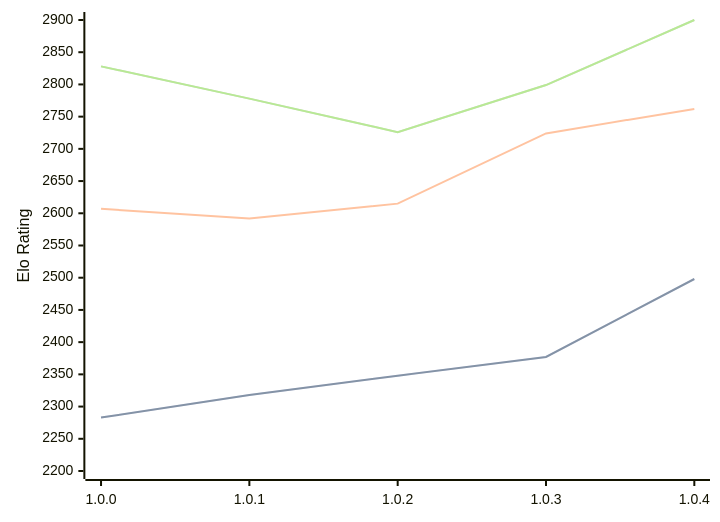
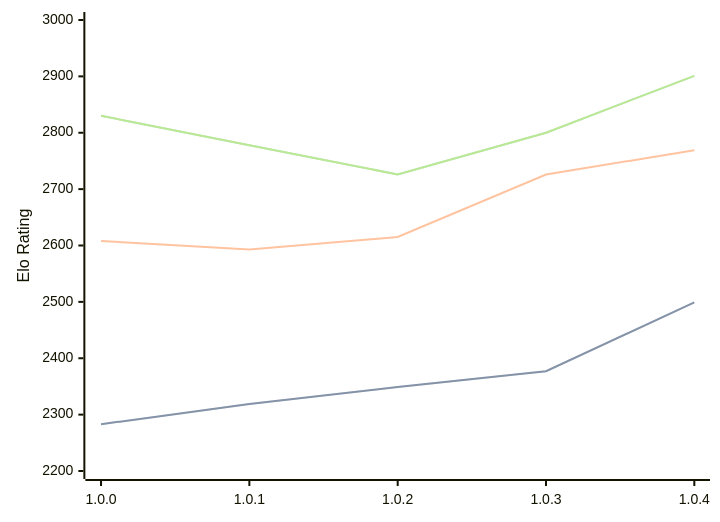
One commit to computer-chess-index/cci changed the diagram in engines/Grail.md. Above: the diagram before and after it, drawn with Mermaid. The commit also changed other lines of this file, not shown here.

Commit message:
Update CCI Ratings (ELO VLTC) - 2026-02-18

````diff
--- a/engines/Grail.md
+++ b/engines/Grail.md
@@ -32,11 +32,11 @@
 ```mermaid
 %%{init: {"theme":"base","themeVariables":{"seriesColors:['#a3a3a3','#222221','#faa371']}}}%%
 xychart-beta
   x-axis ["1.0.0", "1.0.1", "1.0.2", "1.0.3", "1.0.4"]
-  y-axis "Elo Rating" 2200 --> 2900
-  line "STC (8.0+0.08s)" [2283, 2318, 2348, 2377, 2498]
-  line "STC (8.0+0.08s)" [2283, 2318, 2348, 2377, 2498]
-  line "LTC (60.0+0.60s)" [2607, 2592, 2615, 2724, 2762]
-  line "VLTC (2m24s+1.12s)" [2828, 2778, 2726, 2799, 2900]
-  line "VLTC (2m24s+1.12s)" [2828, 2778, 2726, 2799, 2900]
+  y-axis "Elo Rating" 2200 --> 3000
+  line "STC (8.0+0.08s)" [2283, 2319, 2349, 2377, 2499]
+  line "STC (8.0+0.08s)" [2283, 2319, 2349, 2377, 2499]
+  line "LTC (60.0+0.60s)" [2608, 2593, 2615, 2726, 2769]
+  line "VLTC (2m24s+1.12s)" [2830, 2778, 2726, 2800, 2901]
+  line "VLTC (2m24s+1.12s)" [2830, 2778, 2726, 2800, 2901]
 ```
````
